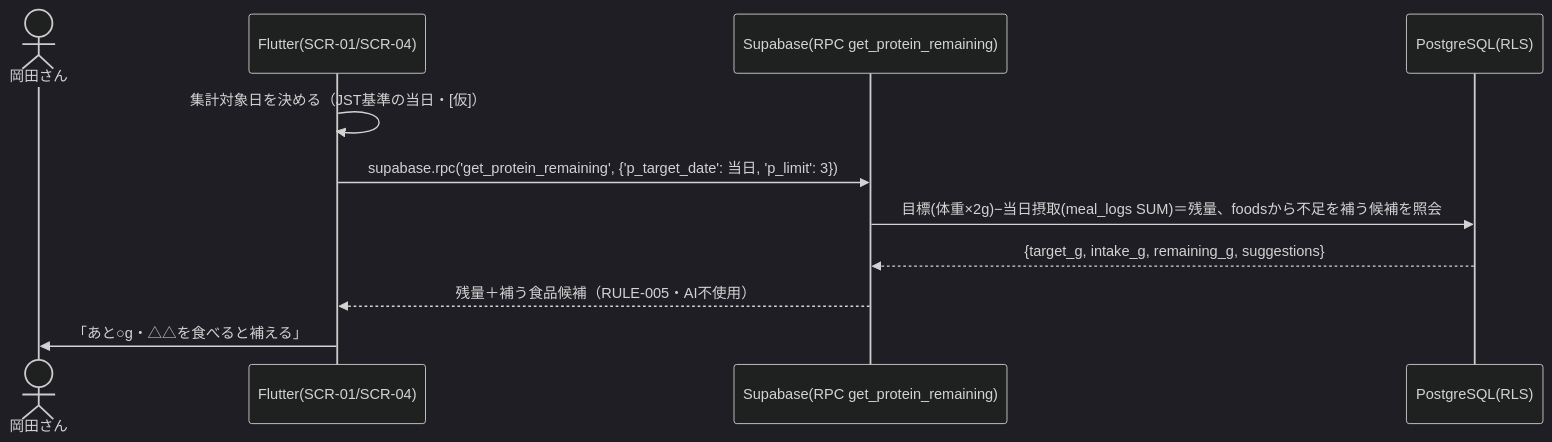
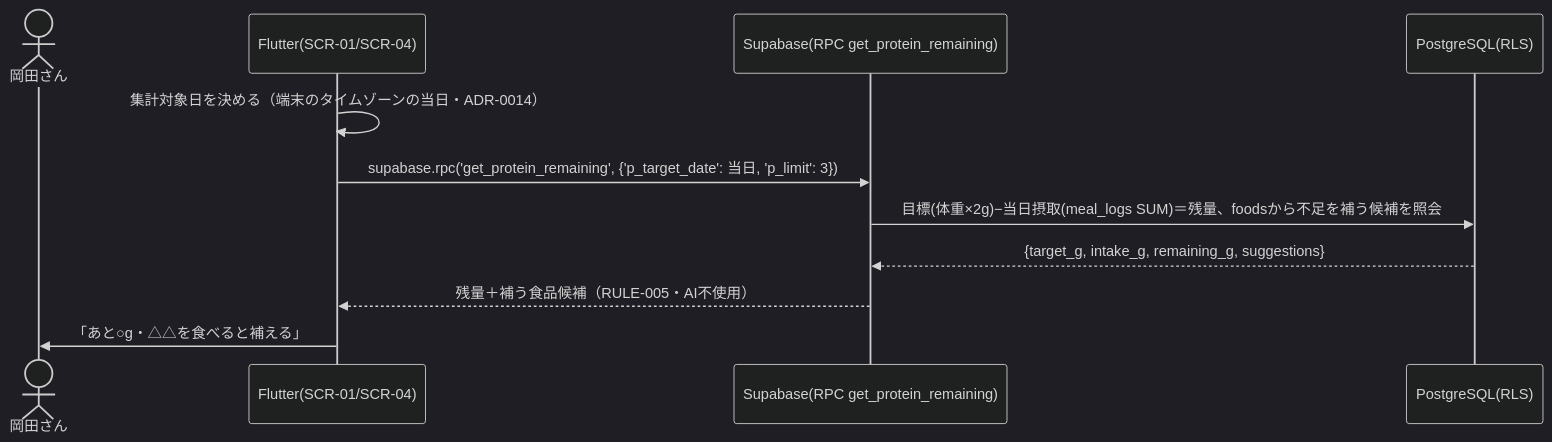
Before and after one commit to k-okada51/okada-fit: the fifth of 5 diagrams in docs/02_設計/40_機能設計/01_シーケンス設計.md, drawn with Mermaid (dark theme). The commit also changed other lines of this file and 20 other files, not shown here.

````diff
--- a/docs/02_設計/40_機能設計/01_シーケンス設計.md
+++ b/docs/02_設計/40_機能設計/01_シーケンス設計.md
@@ -140,13 +155,13 @@
 ```mermaid
 sequenceDiagram
   actor U as 岡田さん
   participant F as Flutter(SCR-01/SCR-04)
   participant R as Supabase(RPC get_protein_remaining)
   participant D as PostgreSQL(RLS)
-  F->>F: 集計対象日を決める（JST基準の当日・[仮]）
+  F->>F: 集計対象日を決める（端末のタイムゾーンの当日・ADR-0014）
   F->>R: supabase.rpc('get_protein_remaining', {'p_target_date': 当日, 'p_limit': 3})
   R->>D: 目標(体重×2g)−当日摂取(meal_logs SUM)＝残量、foodsから不足を補う候補を照会
   D-->>R: {target_g, intake_g, remaining_g, suggestions}
   R-->>F: 残量＋補う食品候補（RULE-005・AI不使用）
   F->>U: 「あと○g・△△を食べると補える」
 ```
````
